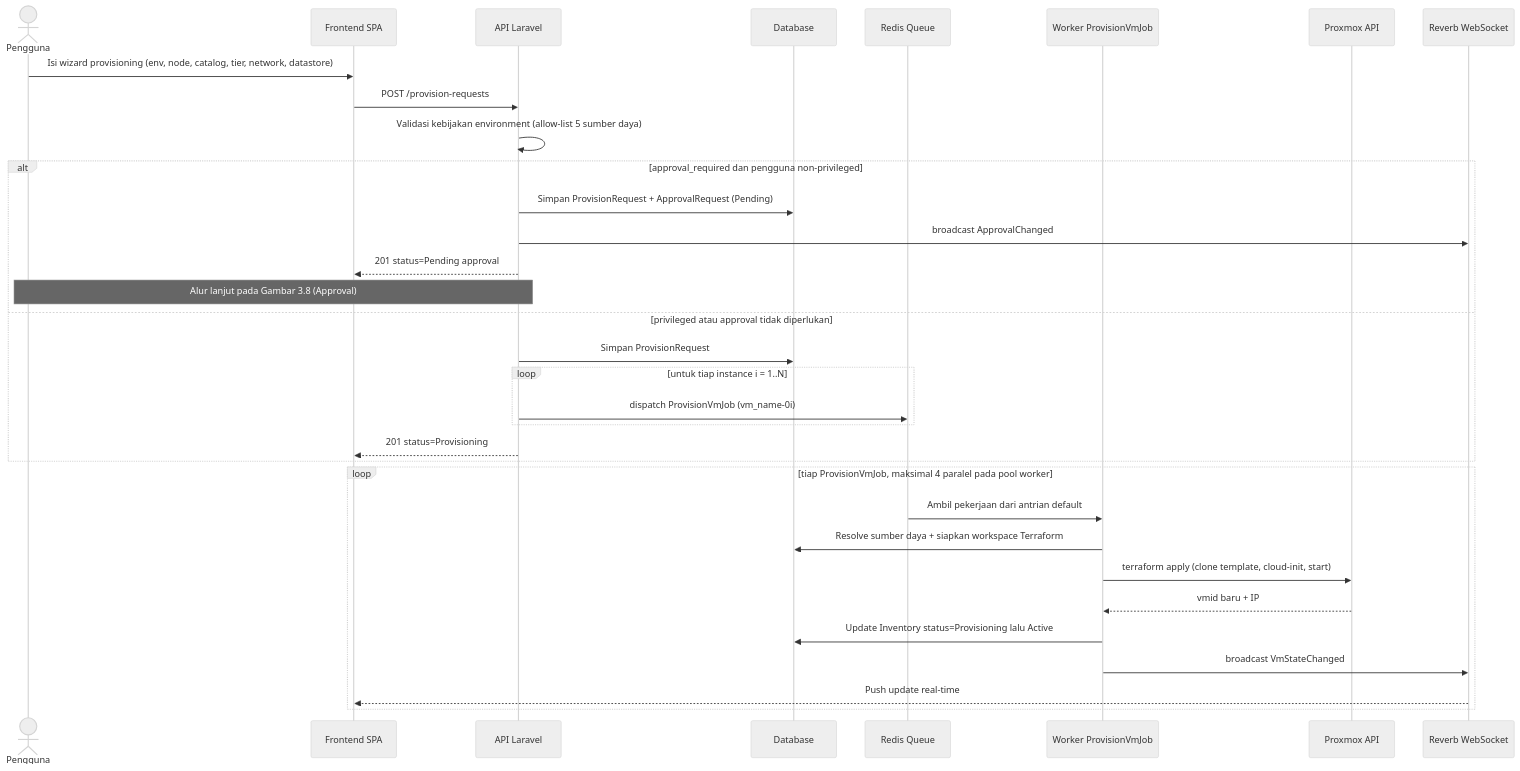
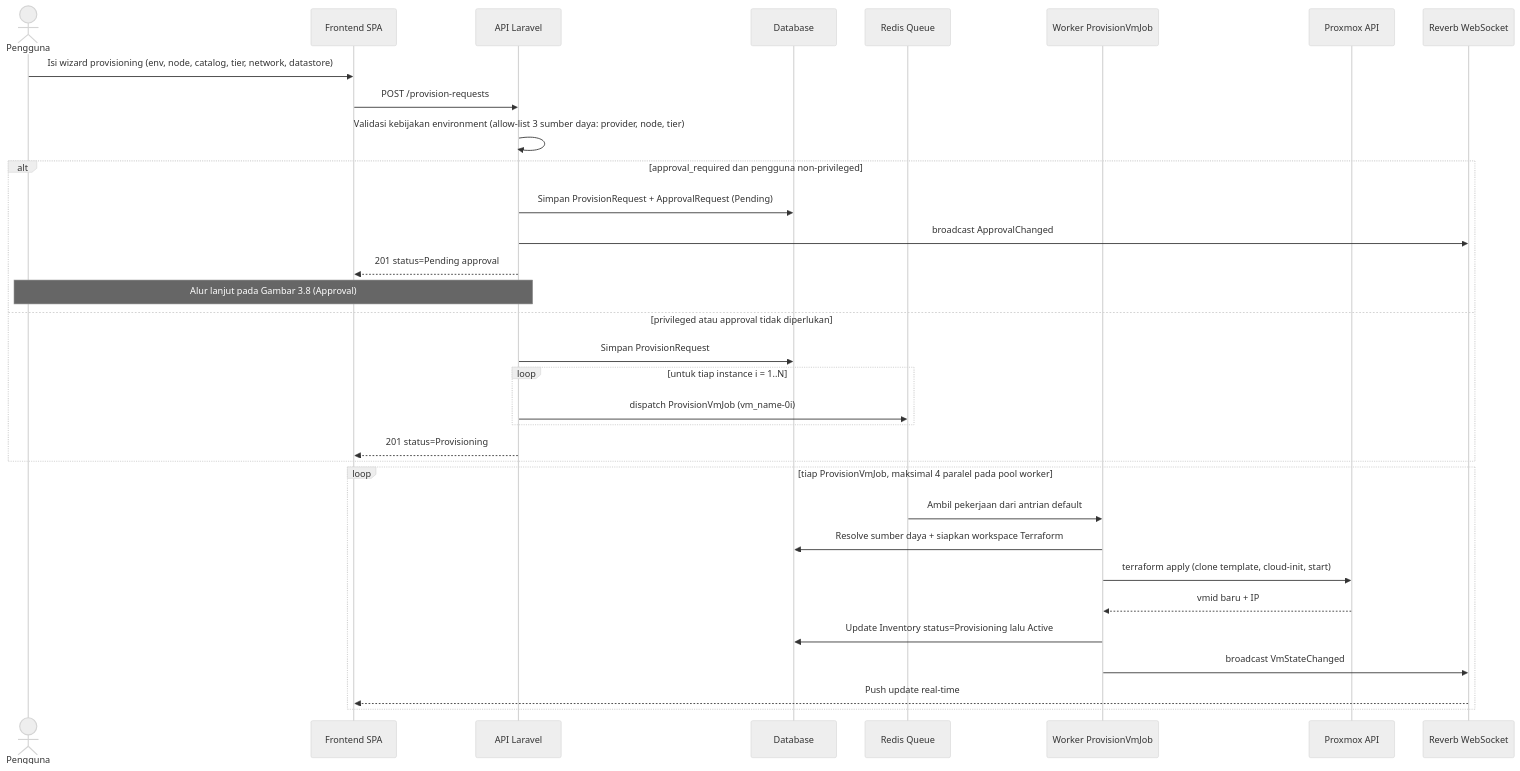
Before and after one commit to ardyxmr/skripsi: the diagram in diagram-3-7-sequence-provisioning.md, drawn with Mermaid (neutral theme). The commit also changed 2 other files, not shown here.

Commit message:
Initial commit: Menambahkan seluruh file project

````diff
--- a/diagram-3-7-sequence-provisioning.md
+++ b/diagram-3-7-sequence-provisioning.md
@@ -7,38 +7,38 @@
 ```mermaid
 sequenceDiagram
     actor PG as Pengguna
     participant FE as Frontend SPA
     participant API as API Laravel
     participant DB as Database
     participant Q as Redis Queue
     participant WK as Worker ProvisionVmJob
     participant PX as Proxmox API
     participant RV as Reverb WebSocket
 
     PG->>FE: Isi wizard provisioning (env, node, catalog, tier, network, datastore)
     FE->>API: POST /provision-requests
-    API->>API: Validasi kebijakan environment (allow-list 5 sumber daya)
+    API->>API: Validasi kebijakan environment (allow-list 3 sumber daya: provider, node, tier)
 
     alt approval_required dan pengguna non-privileged
         API->>DB: Simpan ProvisionRequest + ApprovalRequest (Pending)
         API->>RV: broadcast ApprovalChanged
         API-->>FE: 201 status=Pending approval
         Note over PG, API: Alur lanjut pada Gambar 3.8 (Approval)
     else privileged atau approval tidak diperlukan
         API->>DB: Simpan ProvisionRequest
         loop untuk tiap instance i = 1..N
             API->>Q: dispatch ProvisionVmJob (vm_name-0i)
         end
         API-->>FE: 201 status=Provisioning
     end
 
     loop tiap ProvisionVmJob, maksimal 4 paralel pada pool worker
         Q->>WK: Ambil pekerjaan dari antrian default
         WK->>DB: Resolve sumber daya + siapkan workspace Terraform
         WK->>PX: terraform apply (clone template, cloud-init, start)
         PX-->>WK: vmid baru + IP
         WK->>DB: Update Inventory status=Provisioning lalu Active
         WK->>RV: broadcast VmStateChanged
         RV-->>FE: Push update real-time
     end
 ```
````
